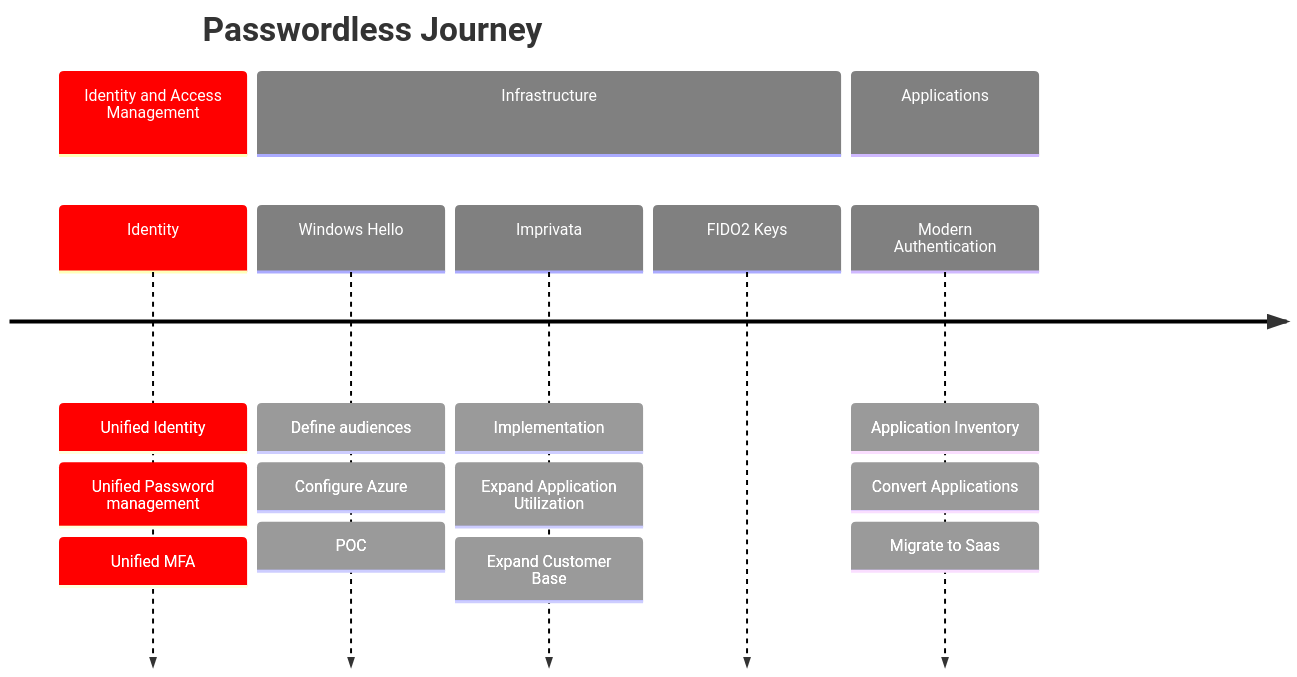
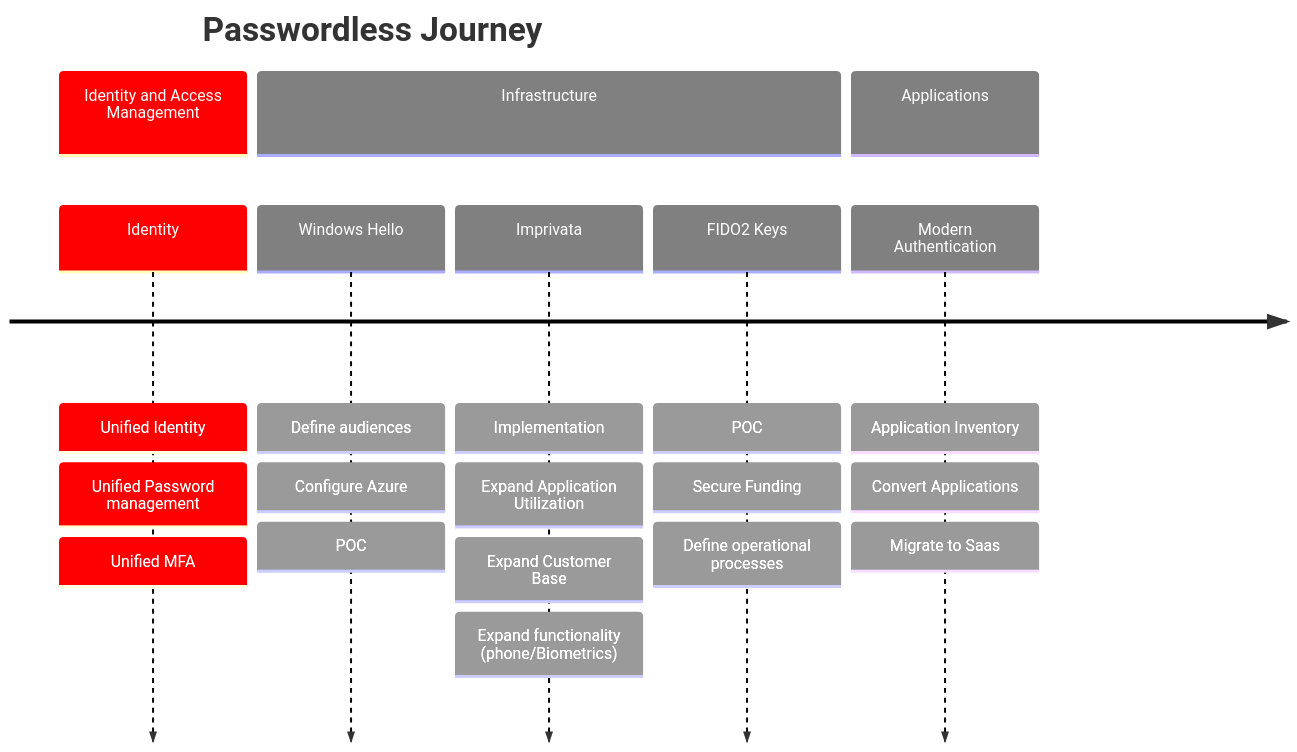
The diagram in Passwordless.md (stahler/MermaidDiagrams), drawn with Mermaid before and after one commit.

Commit message:
Adjust per Eric

````diff
--- a/Passwordless.md
+++ b/Passwordless.md
@@ -1,29 +1,29 @@
 ```mermaid
 %%{init:
     {
         'logLevel': 'debug', 
         'theme': 'default' , 
         'themeVariables': {
             'cScale0': '#ff0000', 'cScaleLabel0': '#ffffff',
             'cScale1': '#808080', 'cScaleLabel1': '#ffffff',
             'cScale2': '#808080', 'cScaleLabel2': '#ffffff'
         }
     }
 }%%
 
 timeline
     title Passwordless Journey
     Section Identity and Access Management
         Identity: Unified Identity: Unified Password management: Unified MFA
     Section Infrastructure
         Windows Hello: Define audiences: Configure Azure: POC
-        Imprivata: Implementation: Expand Application Utilization: Expand Customer Base
-        FIDO2 Keys
+        Imprivata: Implementation: Expand Application Utilization: Expand Customer Base: Expand functionality (phone/Biometrics)
+        FIDO2 Keys: POC: Secure Funding: Define operational processes
     Section Applications
         Modern Authentication: Application Inventory: Convert Applications : Migrate to Saas
 
 
 
 
 
 ```
````
